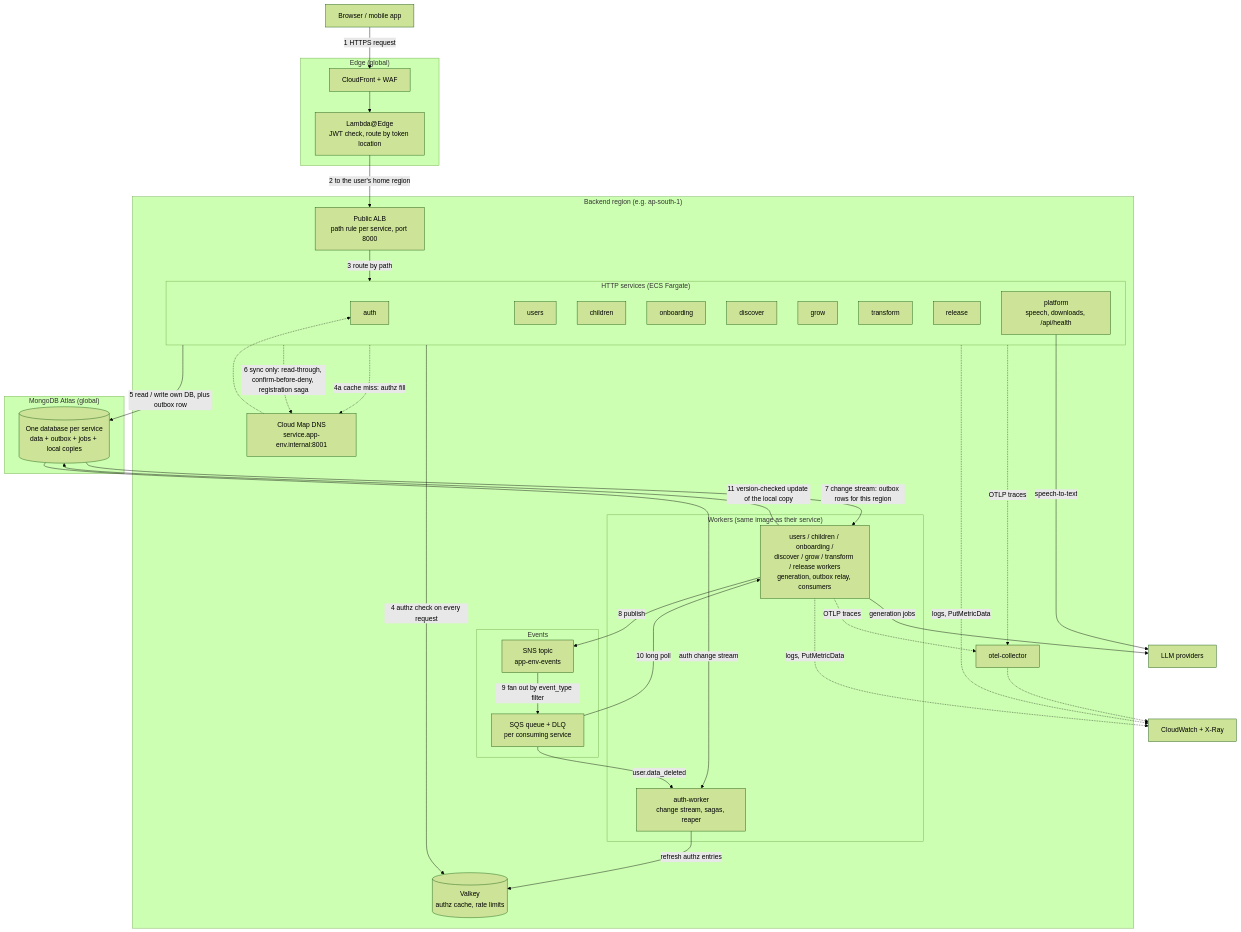
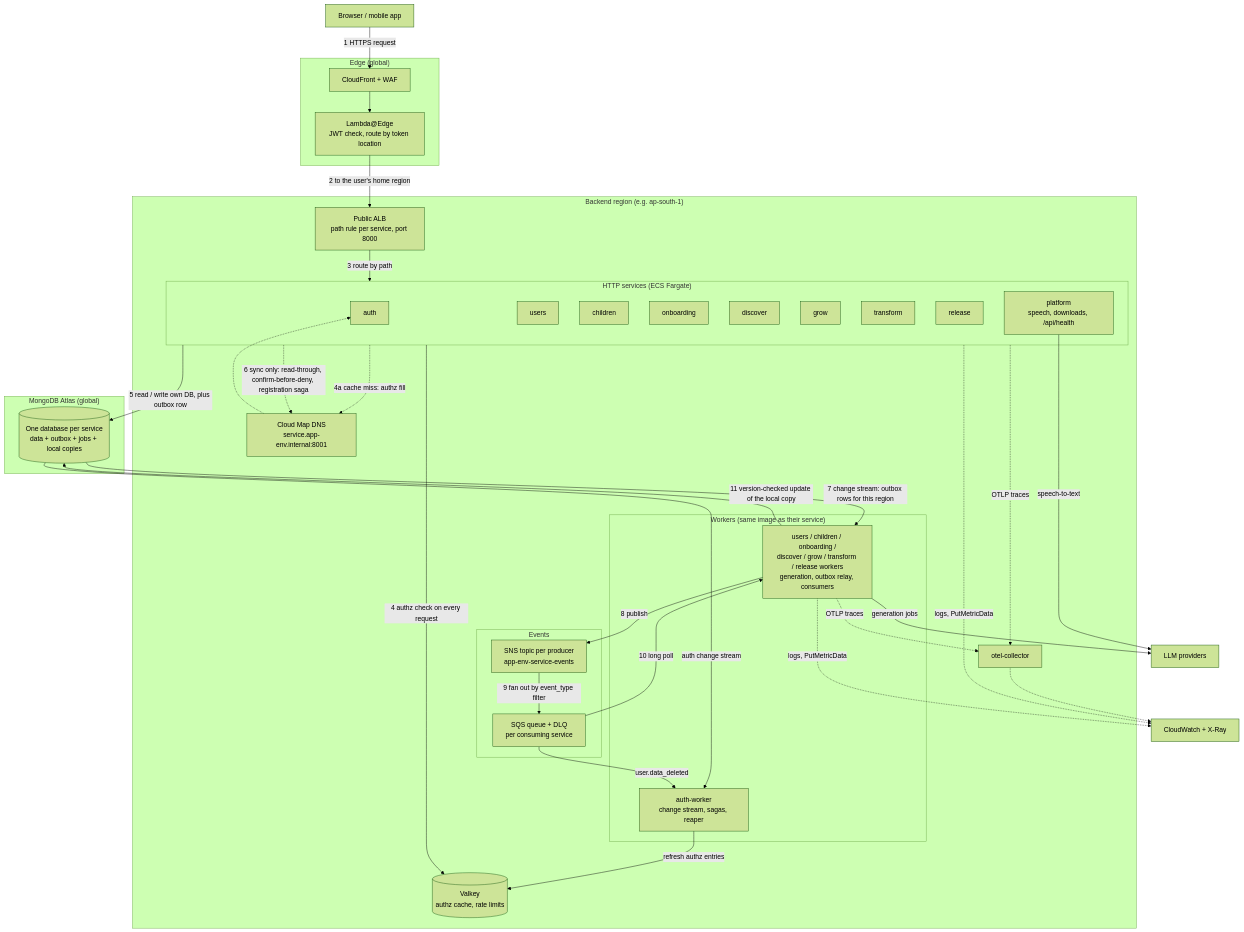
Before and after one commit to pkprincekumar7/buddy-app: the second of 6 diagrams in docs/auth-users-split.md, drawn with Mermaid (forest theme). The commit also changed other lines of this file and 1 other file, not shown here.

````diff
--- a/docs/auth-users-split.md
+++ b/docs/auth-users-split.md
@@ -138,79 +138,79 @@
 ```mermaid
 flowchart TB
     user["Browser / mobile app"]
 
     subgraph edge["Edge (global)"]
         cf["CloudFront + WAF"]
         lae["Lambda@Edge<br/>JWT check, route by token location"]
     end
 
     subgraph region["Backend region (e.g. ap-south-1)"]
         alb["Public ALB<br/>path rule per service, port 8000"]
 
         subgraph http["HTTP services (ECS Fargate)"]
             auth["auth"]
             users["users"]
             children["children"]
             onboarding["onboarding"]
             discover["discover"]
             grow["grow"]
             transform["transform"]
             release["release"]
             platform["platform<br/>speech, downloads, /api/health"]
         end
 
         subgraph workers["Workers (same image as their service)"]
             authw["auth-worker<br/>change stream, sagas, reaper"]
             circlew["users / children / onboarding /<br/>discover / grow / transform / release workers<br/>generation, outbox relay, consumers"]
         end
 
         cmap["Cloud Map DNS<br/>service.app-env.internal:8001"]
         redis[("Valkey<br/>authz cache, rate limits")]
 
         subgraph bus["Events"]
-            sns["SNS topic<br/>app-env-events"]
+            sns["SNS topic per producer<br/>app-env-service-events"]
             sqs["SQS queue + DLQ<br/>per consuming service"]
         end
 
         otel["otel-collector"]
     end
 
     subgraph data["MongoDB Atlas (global)"]
         dbs[("One database per service<br/>data + outbox + jobs + local copies")]
     end
 
     llm["LLM providers"]
     obs["CloudWatch + X-Ray"]
 
     user -->|"1 HTTPS request"| cf
     cf --> lae
     lae -->|"2 to the user's home region"| alb
     alb -->|"3 route by path"| http
 
     http -->|"4 authz check on every request"| redis
     http -.->|"4a cache miss: authz fill"| cmap
     cmap -.-> auth
 
     http -->|"5 read / write own DB, plus outbox row"| dbs
 
     http -.->|"6 sync only: read-through, confirm-before-deny, registration saga"| cmap
 
     dbs -->|"7 change stream: outbox rows for this region"| circlew
     circlew -->|"8 publish"| sns
     sns -->|"9 fan out by event_type filter"| sqs
     sqs -->|"10 long poll"| circlew
     circlew -->|"11 version-checked update of the local copy"| dbs
 
     circlew -->|"generation jobs"| llm
     platform -->|"speech-to-text"| llm
 
     dbs -->|"auth change stream"| authw
     authw -->|"refresh authz entries"| redis
     sqs -->|"user.data_deleted"| authw
 
     http -.->|"OTLP traces"| otel
     circlew -.->|"OTLP traces"| otel
     otel -.-> obs
     http -.->|"logs, PutMetricData"| obs
     circlew -.->|"logs, PutMetricData"| obs
 ```
````
